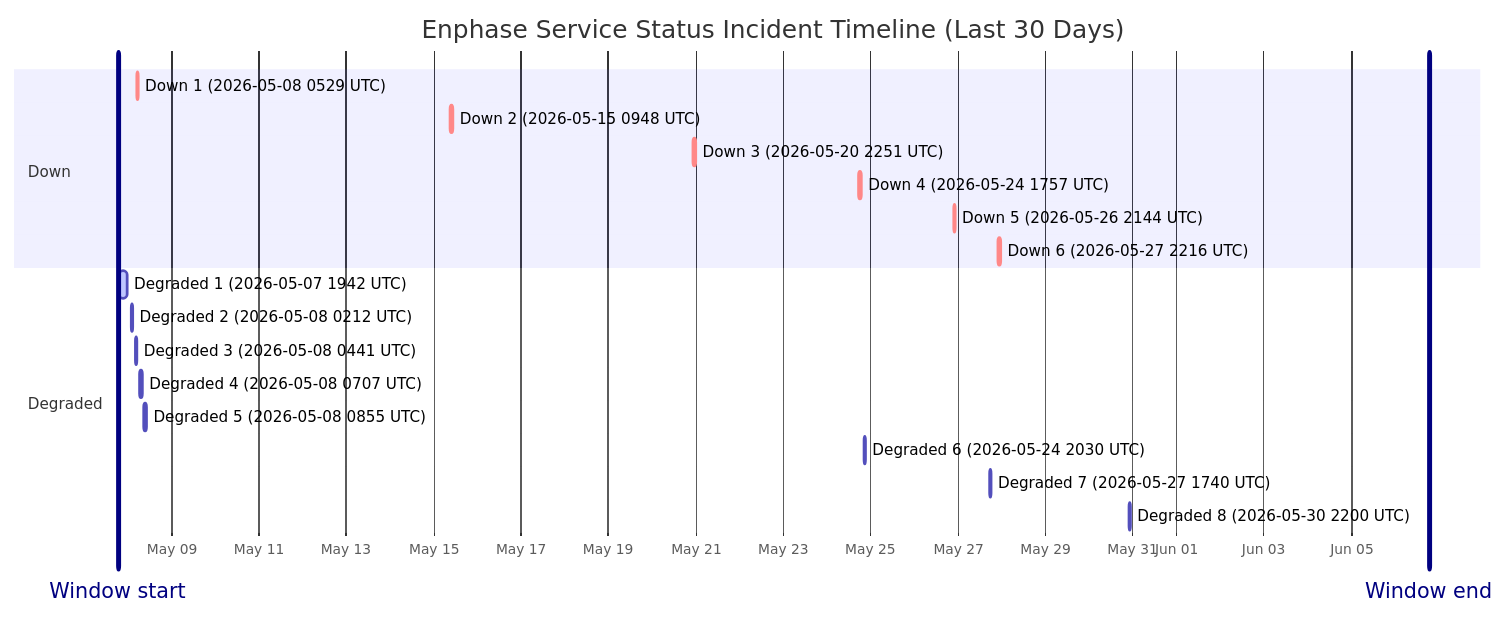
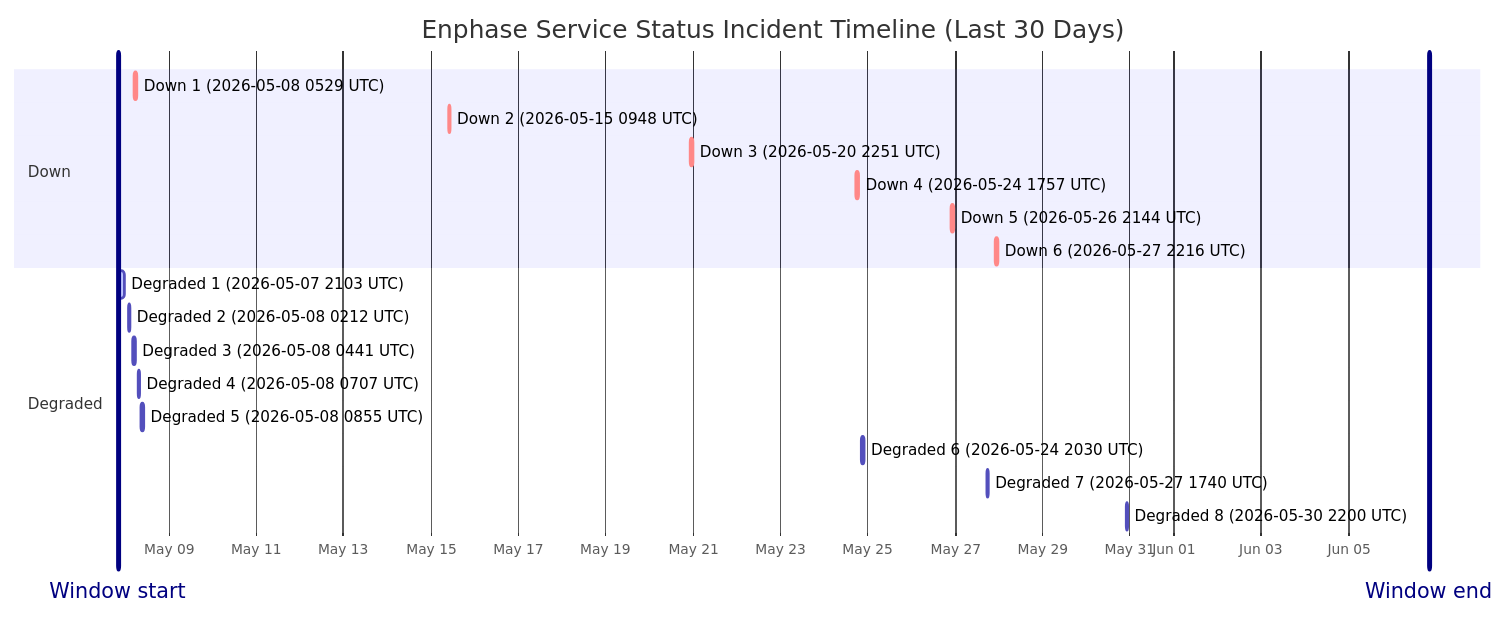
One commit to barneyonline/ha-enphase-energy changed the diagram in wiki/Service-Status-History.md. Above: the diagram before and after it, drawn with Mermaid. The commit also changed other lines of this file and 3 other files, not shown here.

````diff
--- a/wiki/Service-Status-History.md
+++ b/wiki/Service-Status-History.md
@@ -14,24 +14,24 @@
 ```mermaid
 gantt
     title Enphase Service Status Incident Timeline (Last 30 Days)
     dateFormat  YYYY-MM-DDTHH:mm:ss
     axisFormat  %b %d
-    Window start :vert, window-start, 2026-05-07T18:47:04, 0ms
-    Window end :vert, window-end, 2026-06-06T18:47:04, 0ms
+    Window start :vert, window-start, 2026-05-07T20:07:40, 0ms
+    Window end :vert, window-end, 2026-06-06T20:07:40, 0ms
     section Down
     Down 1 (2026-05-08 0529 UTC) :crit, down-1, 2026-05-08T05:29:47, 60m
     Down 2 (2026-05-15 0948 UTC) :crit, down-2, 2026-05-15T09:48:18, 60m
     Down 3 (2026-05-20 2251 UTC) :crit, down-3, 2026-05-20T22:51:14, 75m
     Down 4 (2026-05-24 1757 UTC) :crit, down-4, 2026-05-24T17:57:41, 86m
     Down 5 (2026-05-26 2144 UTC) :crit, down-5, 2026-05-26T21:44:11, 85m
     Down 6 (2026-05-27 2216 UTC) :crit, down-6, 2026-05-27T22:16:53, 87m
     section Degraded
-    Degraded 1 (2026-05-07 1942 UTC) :active, degraded-1, 2026-05-07T19:42:10, 249m
+    Degraded 1 (2026-05-07 2103 UTC) :active, degraded-1, 2026-05-07T21:03:21, 168m
     Degraded 2 (2026-05-08 0212 UTC) :active, degraded-2, 2026-05-08T02:12:39, 60m
     Degraded 3 (2026-05-08 0441 UTC) :active, degraded-3, 2026-05-08T04:41:46, 60m
     Degraded 4 (2026-05-08 0707 UTC) :active, degraded-4, 2026-05-08T07:07:30, 60m
     Degraded 5 (2026-05-08 0855 UTC) :active, degraded-5, 2026-05-08T08:55:20, 88m
     Degraded 6 (2026-05-24 2030 UTC) :active, degraded-6, 2026-05-24T20:30:57, 84m
     Degraded 7 (2026-05-27 1740 UTC) :active, degraded-7, 2026-05-27T17:40:52, 60m
     Degraded 8 (2026-05-30 2200 UTC) :active, degraded-8, 2026-05-30T22:00:37, 60m
 ```
````
